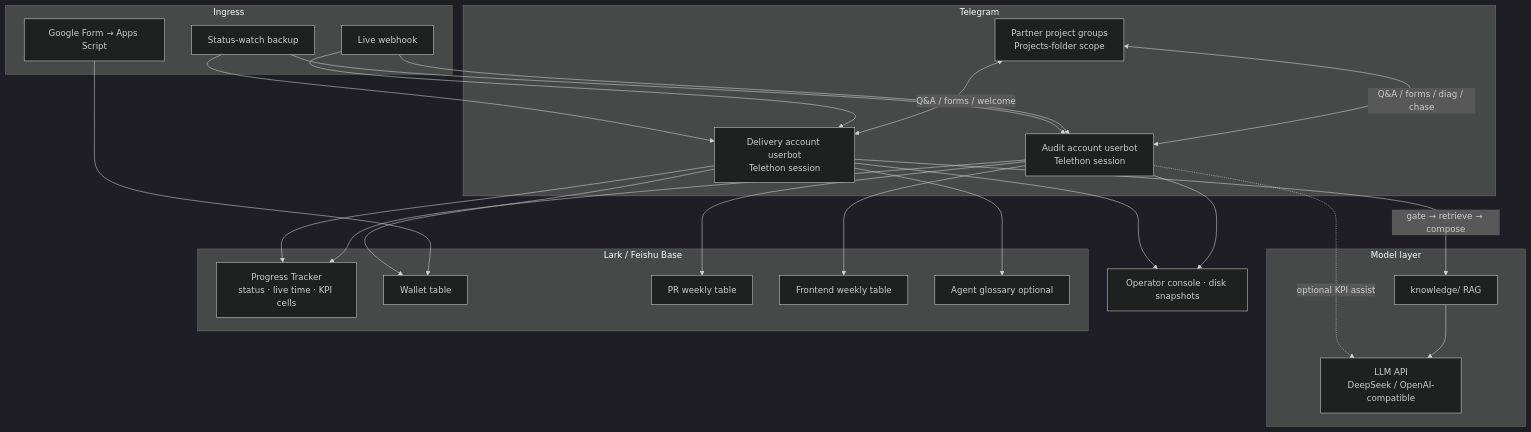
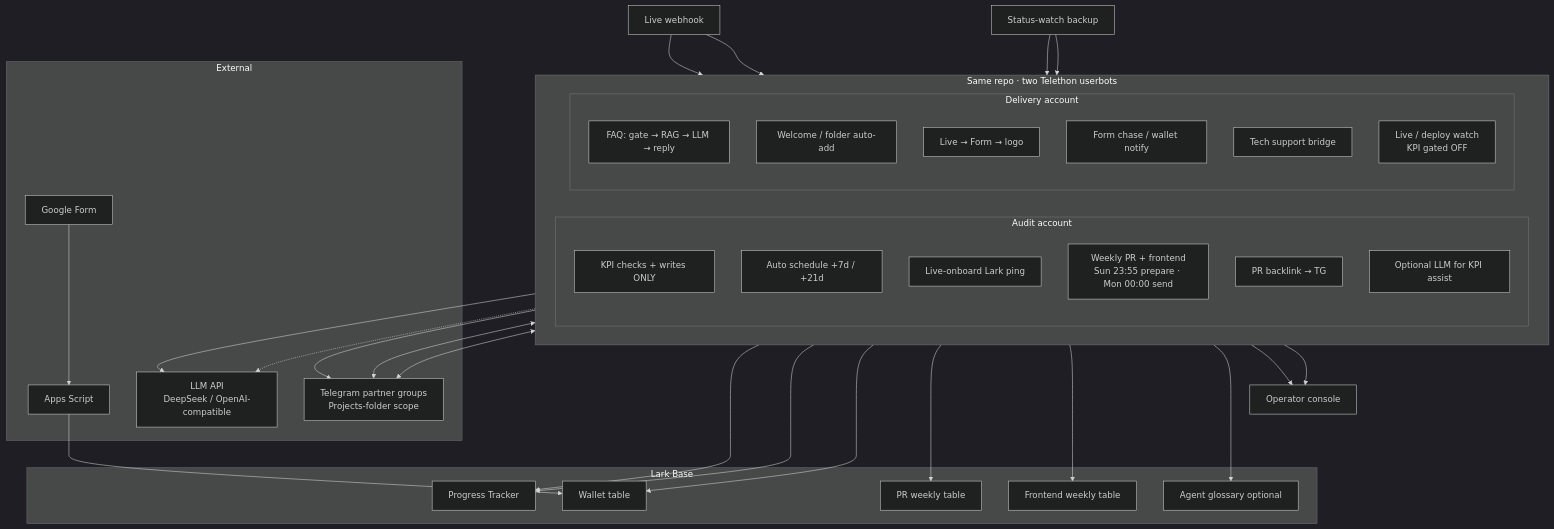
The diagram in README.md (Toytheboss/delivery-agent), drawn with Mermaid (dark theme) before and after one commit. The commit also changed 1 other file, not shown here.

Commit message:
Switch README Architecture back to a dual-account flowchart.
Drop the Channel/Brain topology layout; keep one Mermaid chart with External, Lark, and Audit/Delivery runtime boxes.

````diff
--- a/README.md
+++ b/README.md
@@ -225,47 +225,62 @@
 ```mermaid
 flowchart TB
-  subgraph Channel["Telegram"]
-    UG["Partner project groups<br/>Projects-folder scope"]
-    UA["Audit account userbot<br/>Telethon session"]
-    UD["Delivery account userbot<br/>Telethon session"]
-  end
-
-  subgraph Brain["Model layer"]
-    RAG["knowledge/ RAG"]
+  subgraph External["External"]
+    TG["Telegram partner groups<br/>Projects-folder scope"]
+    GF["Google Form"]
+    AS["Apps Script"]
     LLM["LLM API<br/>DeepSeek / OpenAI-compatible"]
   end
 
-  subgraph Lark["Lark / Feishu Base"]
-    PT["Progress Tracker<br/>status · live time · KPI cells"]
+  subgraph Lark["Lark Base"]
+    PT["Progress Tracker"]
     WT["Wallet table"]
     PR["PR weekly table"]
     FE["Frontend weekly table"]
     KB["Agent glossary optional"]
   end
 
-  subgraph Edge["Ingress"]
-    WH["Live webhook"]
-    SW["Status-watch backup"]
-    GF["Google Form → Apps Script"]
+  subgraph Runtime["Same repo · two Telethon userbots"]
+    direction LR
+
+    subgraph Audit["Audit account"]
+      A1["KPI checks + writes ONLY"]
+      A2["Auto schedule +7d / +21d"]
+      A3["Live-onboard Lark ping"]
+      A4["Weekly PR + frontend<br/>Sun 23:55 prepare · Mon 00:00 send"]
+      A5["PR backlink → TG"]
+      A6["Optional LLM for KPI assist"]
+    end
+
+    subgraph Delivery["Delivery account"]
+      D1["FAQ: gate → RAG → LLM → reply"]
+      D2["Welcome / folder auto-add"]
+      D3["Live → Form → logo"]
+      D4["Form chase / wallet notify"]
+      D5["Tech support bridge"]
+      D6["Live / deploy watch<br/>KPI gated OFF"]
+    end
   end
 
-  OC["Operator console · disk snapshots"]
+  WH["Live webhook"]
+  SW["Status-watch backup"]
+  OC["Operator console"]
 
-  UG <-->|"Q&A / forms / diag / chase"| UA
-  UG <-->|"Q&A / forms / welcome"| UD
-  UD -->|"gate → retrieve → compose"| RAG --> LLM
-  UA -.->|"optional KPI assist"| LLM
-  WH --> UD
-  WH --> UA
-  SW --> UD
-  SW --> UA
-  GF --> WT
-  UA --> PT
-  UD --> PT
-  UD --> WT
-  UA --> PR
-  UA --> FE
-  UD --> KB
-  UA --> OC
-  UD --> OC
+  TG <--> Audit
+  TG <--> Delivery
+  Delivery --> LLM
+  Audit -.-> LLM
+  GF --> AS --> WT
+  WH --> Delivery
+  WH --> Audit
+  SW --> Delivery
+  SW --> Audit
+  Delivery --> PT
+  Audit --> PT
+  Delivery --> WT
+  Audit --> PR
+  Audit --> FE
+  Delivery --> KB
+  Audit --> TG
+  Audit --> OC
+  Delivery --> OC
 ```
````
